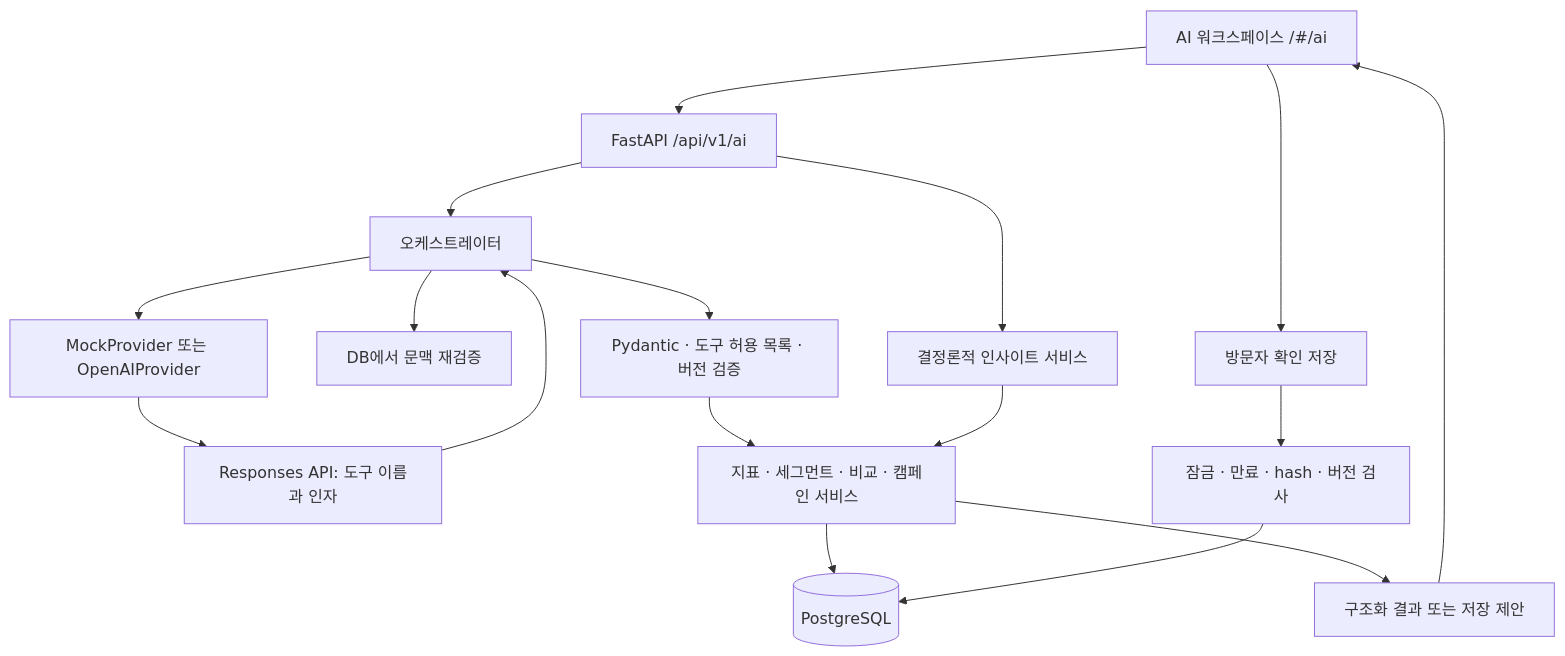
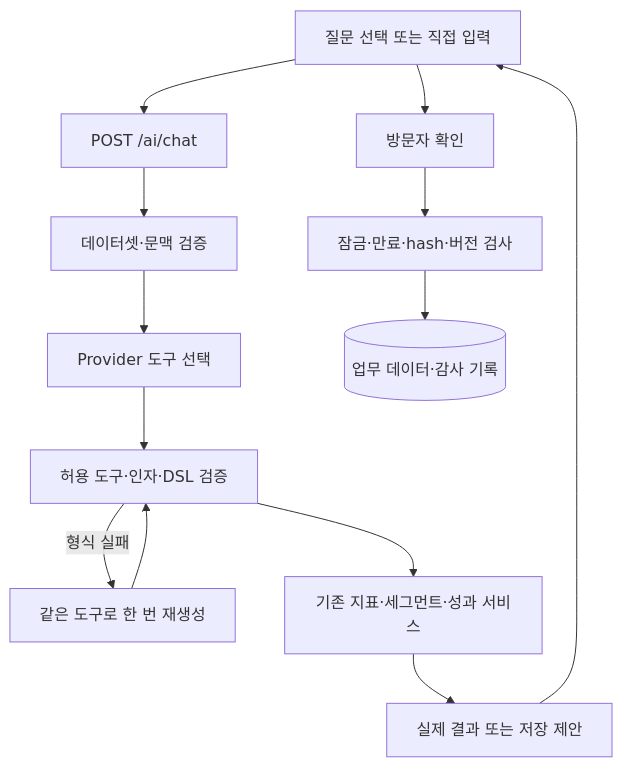
Before and after one commit to myjhye/crm_ai_campaign_automation_tool: the diagram in docs/ai_assistant_architecture.md, drawn with Mermaid. The commit also changed other lines of this file and 12 other files, not shown here.

````diff
--- a/docs/ai_assistant_architecture.md
+++ b/docs/ai_assistant_architecture.md
@@ -33,19 +49,15 @@
 ```mermaid
 flowchart TD
-    UI[AI 워크스페이스 /#/ai] --> API[FastAPI /api/v1/ai]
-    API --> INS[결정론적 인사이트 서비스]
-    API --> ORCH[오케스트레이터]
-    ORCH --> CTX[DB에서 문맥 재검증]
-    ORCH --> PROVIDER[MockProvider 또는 OpenAIProvider]
-    PROVIDER --> LLM[Responses API: 도구 이름과 인자]
-    LLM --> ORCH
-    ORCH --> VALIDATE[Pydantic · 도구 허용 목록 · 버전 검증]
-    VALIDATE --> SERVICES[지표 · 세그먼트 · 비교 · 캠페인 서비스]
-    SERVICES --> DB[(PostgreSQL)]
-    INS --> SERVICES
-    SERVICES --> RESULT[구조화 결과 또는 저장 제안]
+    UI[질문 선택 또는 직접 입력] --> API[POST /ai/chat]
+    API --> CTX[데이터셋·문맥 검증]
+    CTX --> MODEL[Provider 도구 선택]
+    MODEL --> CHECK[허용 도구·인자·DSL 검증]
+    CHECK -->|형식 실패| RETRY[같은 도구로 한 번 재생성]
+    RETRY --> CHECK
+    CHECK --> SERVICE[기존 지표·세그먼트·성과 서비스]
+    SERVICE --> RESULT[실제 결과 또는 저장 제안]
     RESULT --> UI
-    UI --> CONFIRM[방문자 확인 저장]
-    CONFIRM --> TX[잠금 · 만료 · hash · 버전 검사]
-    TX --> DB
+    UI --> CONFIRM[방문자 확인]
+    CONFIRM --> TX[잠금·만료·hash·버전 검사]
+    TX --> DB[(업무 데이터·감사 기록)]
 ```
````
